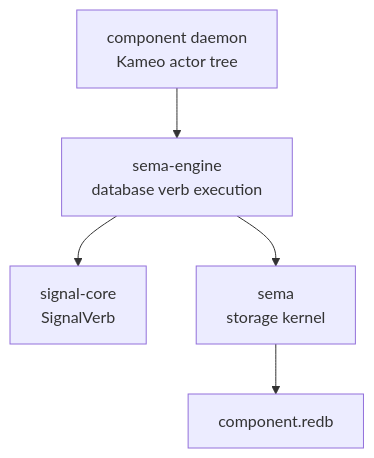
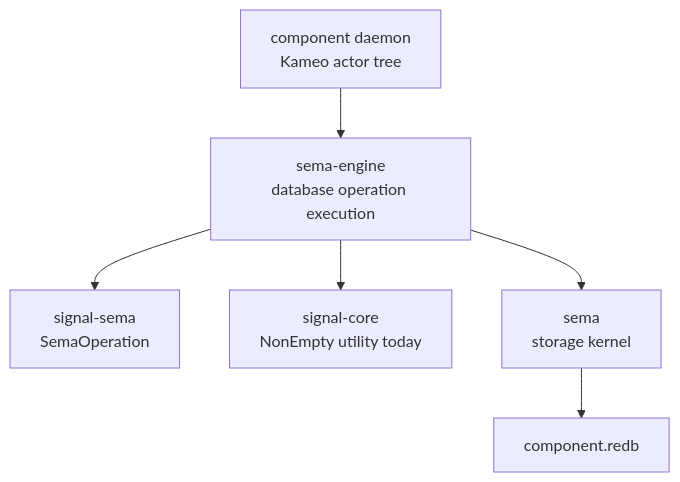
Before and after one commit to LiGoldragon/sema-engine: the diagram in ARCHITECTURE.md, drawn with Mermaid. The commit also changed other lines of this file and 16 other files, not shown here.

Commit message:
sema-engine: use signal-sema operations

````diff
--- a/ARCHITECTURE.md
+++ b/ARCHITECTURE.md
@@ -96,13 +95,15 @@
 ```mermaid
 flowchart TD
-    signal_core["signal-core<br/>SignalVerb"]
+    signal_sema["signal-sema<br/>SemaOperation"]
+    signal_core["signal-core<br/>NonEmpty utility today"]
     sema["sema<br/>storage kernel"]
-    engine["sema-engine<br/>database verb execution"]
+    engine["sema-engine<br/>database operation execution"]
     component["component daemon<br/>Kameo actor tree"]
     database["component.redb"]
 
     engine --> sema
+    engine --> signal_sema
     engine --> signal_core
     component --> engine
     sema --> database
 ```
````
